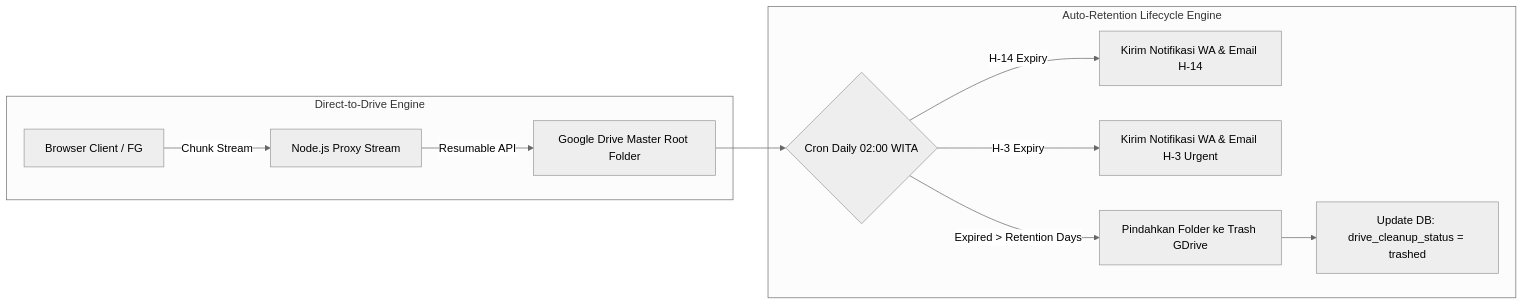
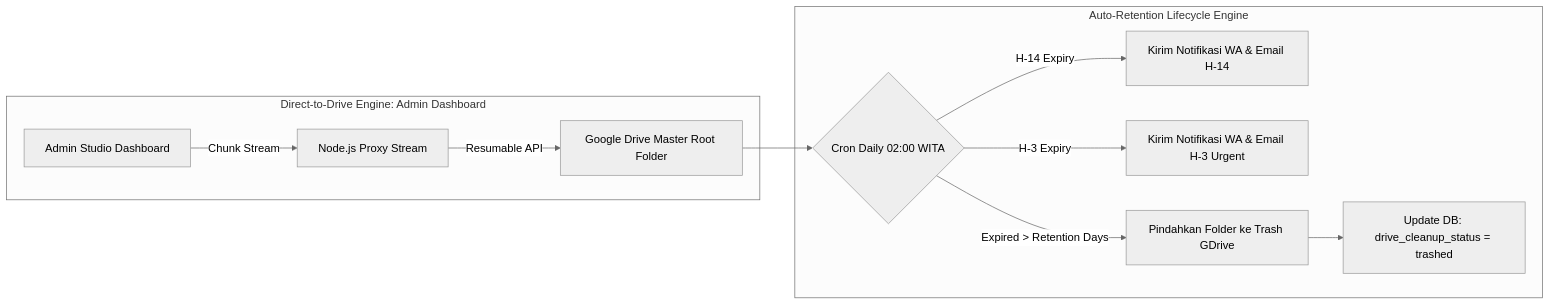
One commit to armansyam/Wisuda changed the fourth of 4 diagrams in FLOW_SISTEM/DOKUMENTASI_KOMPREHENSIF_DAN_DEEP_AUDIT_SISTEM_WISUDA.md. Above: the diagram before and after it, drawn with Mermaid (neutral theme). The commit also changed other lines of this file, not shown here.

Commit message:
docs: clarify 100% Admin-Centric Photo Upload & remove false freelance upload mentions

````diff
--- a/FLOW_SISTEM/DOKUMENTASI_KOMPREHENSIF_DAN_DEEP_AUDIT_SISTEM_WISUDA.md
+++ b/FLOW_SISTEM/DOKUMENTASI_KOMPREHENSIF_DAN_DEEP_AUDIT_SISTEM_WISUDA.md
@@ -183,15 +187,15 @@
 ```mermaid
 graph LR
-    subgraph DirectUploadEngine[Direct-to-Drive Engine]
-        A[Browser Client / FG] -->|Chunk Stream| B[Node.js Proxy Stream]
+    subgraph DirectUploadEngine[Direct-to-Drive Engine: Admin Dashboard]
+        A[Admin Studio Dashboard] -->|Chunk Stream| B[Node.js Proxy Stream]
         B -->|Resumable API| C[Google Drive Master Root Folder]
     end
 
     subgraph RetentionEngine[Auto-Retention Lifecycle Engine]
         C --> D{Cron Daily 02:00 WITA}
         D -->|H-14 Expiry| E[Kirim Notifikasi WA & Email H-14]
         D -->|H-3 Expiry| F[Kirim Notifikasi WA & Email H-3 Urgent]
         D -->|Expired > Retention Days| G[Pindahkan Folder ke Trash GDrive]
         G --> H[Update DB: drive_cleanup_status = trashed]
     end
 ```
````
